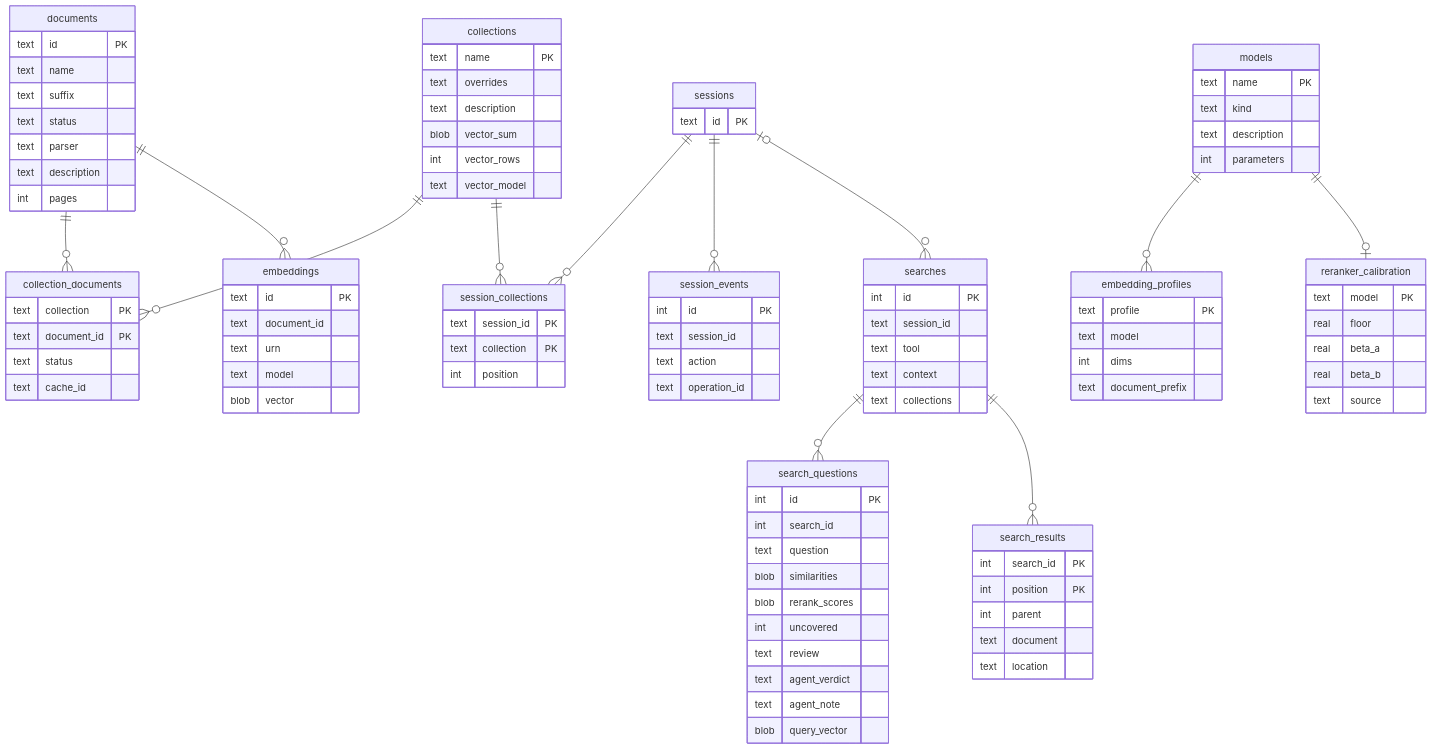
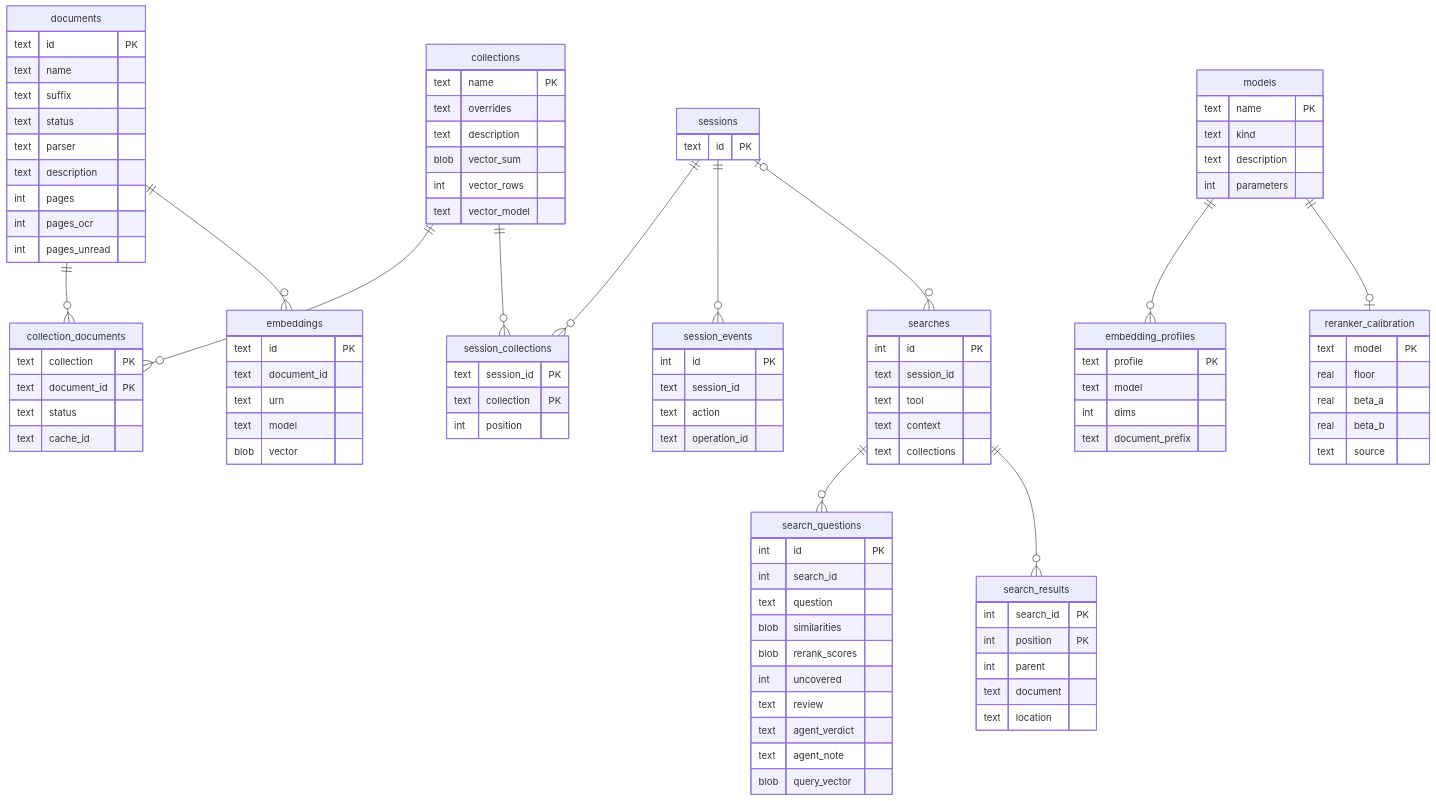
One commit to haskian/haskie changed the diagram in docs/storage.md. Above: the diagram before and after it, drawn with Mermaid. The commit also changed 17 other files, not shown here.

```diff
--- a/docs/storage.md
+++ b/docs/storage.md
@@ -75,6 +75,8 @@
         text parser
         text description
         int pages
+        int pages_ocr
+        int pages_unread
     }
     collections {
         text name PK
```
